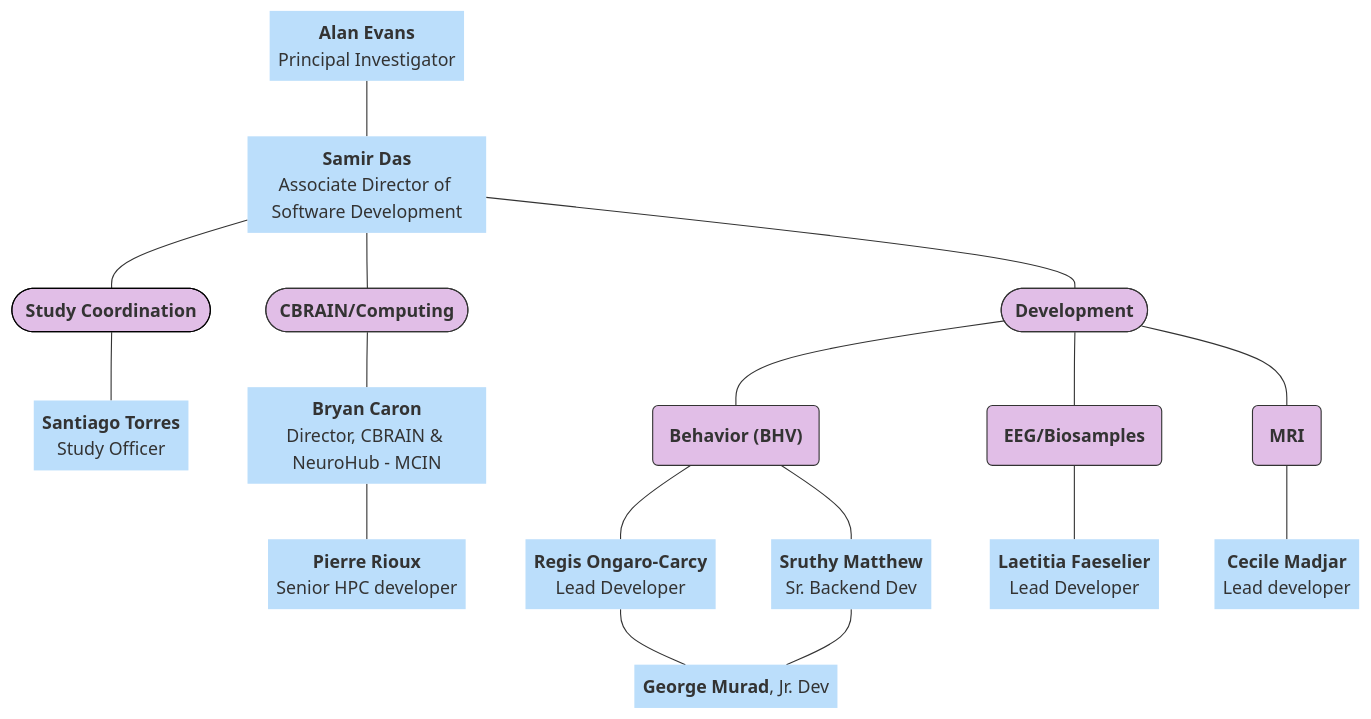
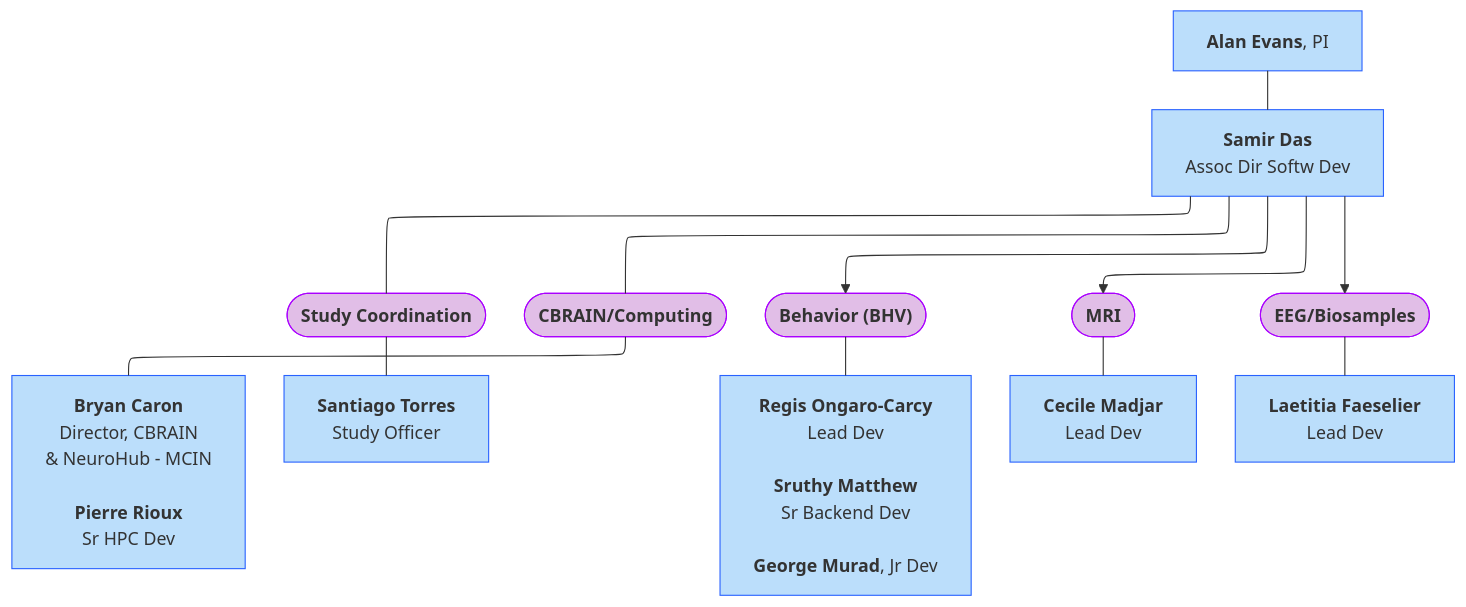
Before and after one commit to DCAN-Labs/hbcd-docs-internal: the second of 10 diagrams in docs/orgcharts.md, drawn with Mermaid. The commit also changed other lines of this file and 2 other files, not shown here.

Commit message:
SWITCH TO ELK

````diff
--- a/docs/orgcharts.md
+++ b/docs/orgcharts.md
@@ -90,56 +72,33 @@
 ```mermaid
 ---
 config:
-  layout: dagre
+  layout: elk
 ---
 flowchart TB
-    A["<b>Alan Evans</b><br>Principal Investigator"] --- nl["<b>Samir Das</b><br>Associate Director of Software Development"]
-    nl --- n9(["<b>Study Coordination</b>"]) & C(["<b>CBRAIN/Computing</b>"]) & B(["<b>Development</b>"])
-    C --- n12["<b>Bryan Caron</b><br>Director, CBRAIN &amp; NeuroHub - MCIN"]
+    A["<b>Alan Evans</b>, PI"] --- nl["<b>Samir Das</b><br>Assoc Dir Softw Dev"]
+    nl --- n9(["<b>Study Coordination</b>"]) & C(["<b>CBRAIN/Computing</b>"])
+    C --- n12["<b>Bryan Caron</b><br>Director, CBRAIN<br>&amp; NeuroHub - MCIN<br><br><b>Pierre Rioux</b><br>Sr HPC Dev"]
     n9 --- E["<b>Santiago Torres</b><br>Study Officer"]
-    B --- F["<b>Behavior (BHV)</b>"] & H["<b>EEG/Biosamples</b>"] & G["<b>MRI</b>"]
-    F --- I["<b>Regis Ongaro-Carcy</b><br>Lead Developer"] & n10["<b>Sruthy Matthew</b><br>Sr. Backend Dev"]
-    G --- L["<b>Cecile Madjar</b><br>Lead developer"]
-    H --- M["<b>Laetitia Faeselier</b><br>Lead Developer"]
-    n10 --- n11["<b>George Murad</b>, Jr. Dev"]
-    I --- n11
-    n12 --- D["<b>Pierre Rioux</b><br>Senior HPC developer"]
-    A@{ shape: text}
-    nl@{ shape: text}
-    n12@{ shape: text}
-    E@{ shape: text}
-    F@{ shape: rounded}
-    H@{ shape: rounded}
-    G@{ shape: rounded}
-    I@{ shape: text}
-    n10@{ shape: text}
-    L@{ shape: text}
-    M@{ shape: text}
-    n11@{ shape: text}
-    D@{ shape: text}
-    style A stroke:#000000,fill:#BBDEFB
-    style nl stroke:#000000,fill:#BBDEFB
-    style n9 stroke:#000000,fill:#E1BEE7
-    style C stroke:#333,fill:#E1BEE7
-    style B stroke:#333,fill:#E1BEE7
-    style n12 fill:#BBDEFB
-    style E stroke:#333,fill:#BBDEFB
-    style F stroke:#333,fill:#E1BEE7
-    style H stroke:#333,fill:#E1BEE7
-    style G stroke:#333,fill:#E1BEE7
-    style I stroke:#333,fill:#BBDEFB
-    style n10 fill:#BBDEFB
-    style L stroke:#000000,fill:#BBDEFB
-    style M fill:#BBDEFB,stroke:#000000
-    style n11 fill:#BBDEFB
-    style D stroke:#333,fill:#BBDEFB
+    F(["<b>Behavior (BHV)</b>"]) --- I["<b>Regis Ongaro-Carcy</b><br>Lead Dev<br><br><b>Sruthy Matthew</b><br>Sr Backend Dev<br><br><b>George Murad</b>, Jr Dev"]
+    G(["<b>MRI</b>"]) --- L["<b>Cecile Madjar</b><br>Lead Dev"]
+    H(["<b>EEG/Biosamples</b>"]) --- M["<b>Laetitia Faeselier</b><br>Lead Dev"]
+    nl --> G & H & F
+    I@{ shape: rect}
+    style A stroke:#2962FF,fill:#BBDEFB
+    style nl stroke:#2962FF,fill:#BBDEFB
+    style n9 stroke:#AA00FF,fill:#E1BEE7
+    style C stroke:#AA00FF,fill:#E1BEE7
+    style n12 stroke:#2962FF,fill:#BBDEFB
+    style E stroke:#2962FF,fill:#BBDEFB
+    style F stroke:#AA00FF,fill:#E1BEE7
+    style I stroke:#2962FF,fill:#BBDEFB
+    style G stroke:#AA00FF,fill:#E1BEE7
+    style L stroke:#2962FF,fill:#BBDEFB
+    style H stroke:#AA00FF,fill:#E1BEE7
+    style M stroke:#2962FF,fill:#BBDEFB
     click A "#evans"
     click nl "#das"
     click E "#torres"
-    click I "#ongaro-carcy"
-    click n10 "#matthew"
     click L "#madjar"
     click M "#faeselier"
-    click n11 "#murad"
-    click D "#rioux"
 ```
````
